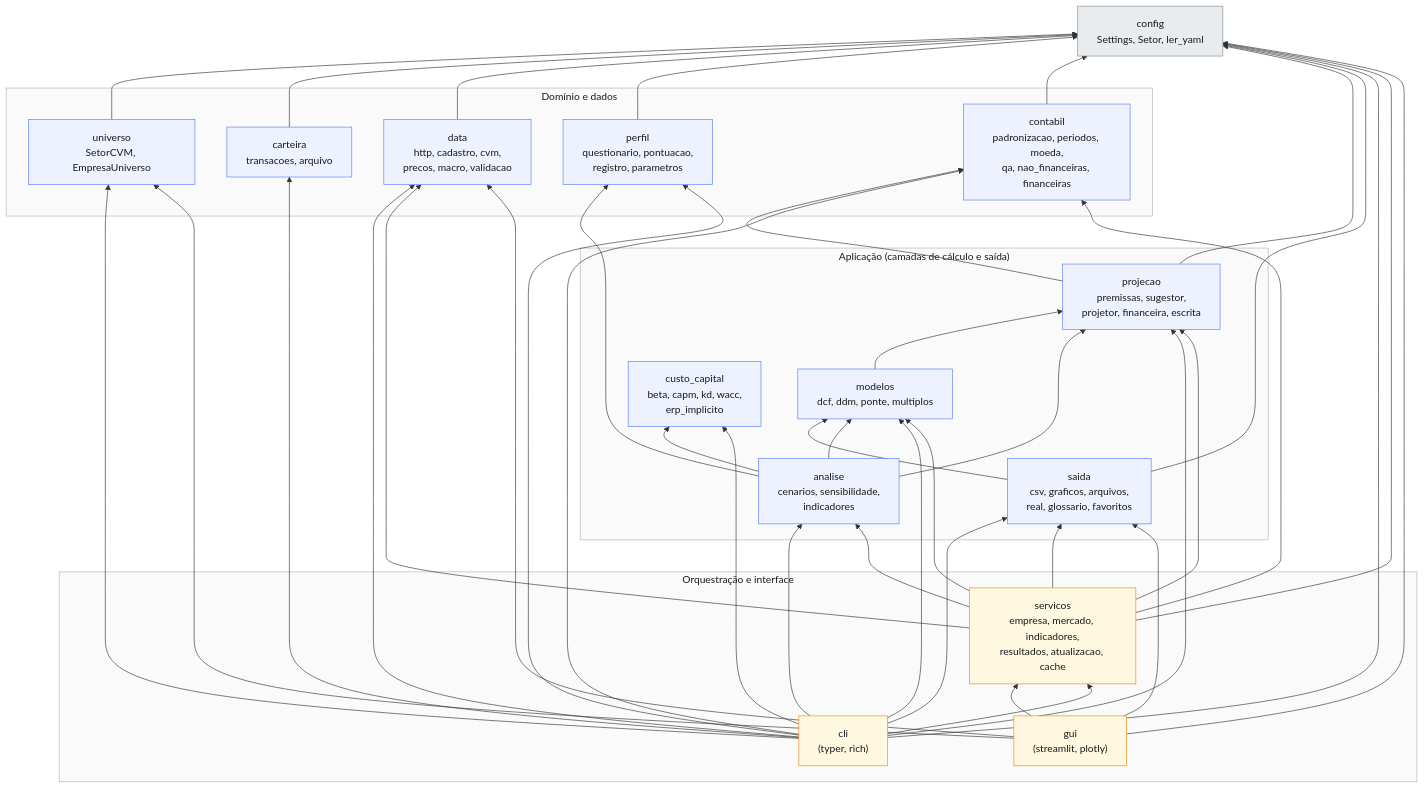
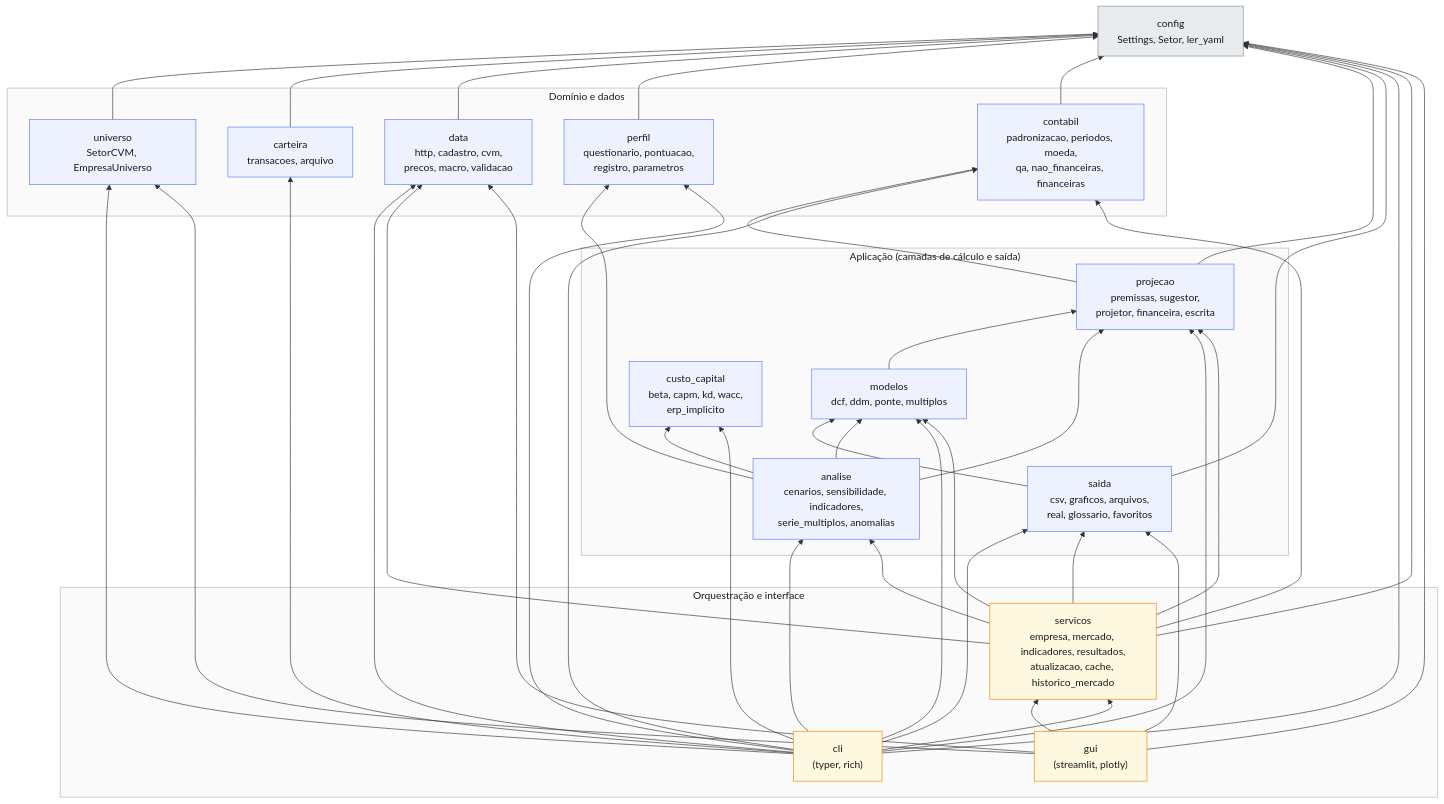
Before and after one commit to luiz2801/lastro: the first of 3 diagrams in docs/diagrama_arquitetura.md, drawn with Mermaid. The commit also changed 17 other files, not shown here.

First line of the commit message:
analise: série histórica de múltiplos e tratamento de anomalias (S2)

````diff
--- a/docs/diagrama_arquitetura.md
+++ b/docs/diagrama_arquitetura.md
@@ -11,50 +11,50 @@
 ```mermaid
 flowchart BT
     subgraph ORQ["Orquestração e interface"]
         cli["cli<br/>(typer, rich)"]
         gui["gui<br/>(streamlit, plotly)"]
-        servicos["servicos<br/>empresa, mercado, indicadores,<br/>resultados, atualizacao, cache"]
+        servicos["servicos<br/>empresa, mercado, indicadores, resultados,<br/>atualizacao, cache, historico_mercado"]
     end
 
     subgraph APL["Aplicação (camadas de cálculo e saída)"]
         saida["saida<br/>csv, graficos, arquivos,<br/>real, glossario, favoritos"]
-        analise["analise<br/>cenarios, sensibilidade,<br/>indicadores"]
+        analise["analise<br/>cenarios, sensibilidade, indicadores,<br/>serie_multiplos, anomalias"]
         modelos["modelos<br/>dcf, ddm, ponte, multiplos"]
         projecao["projecao<br/>premissas, sugestor,<br/>projetor, financeira, escrita"]
         custo["custo_capital<br/>beta, capm, kd, wacc,<br/>erp_implicito"]
     end
 
     subgraph DOM["Domínio e dados"]
         contabil["contabil<br/>padronizacao, periodos, moeda,<br/>qa, nao_financeiras, financeiras"]
         perfil["perfil<br/>questionario, pontuacao,<br/>registro, parametros"]
         data["data<br/>http, cadastro, cvm,<br/>precos, macro, validacao"]
         carteira["carteira<br/>transacoes, arquivo"]
         universo["universo<br/>SetorCVM, EmpresaUniverso"]
     end
 
     config["config<br/>Settings, Setor, ler_yaml"]
 
     cli --> servicos
     gui --> servicos & saida & data & universo & config
     servicos --> saida & analise & modelos & contabil & data & projecao & config
     cli --> saida & analise & modelos & projecao & custo & contabil & perfil & data & carteira & universo & config
     analise --> modelos & projecao & custo & perfil
     saida --> modelos & config
     modelos --> projecao
     projecao --> contabil & config
     contabil --> config
     perfil --> config
     data --> config
     carteira --> config
     universo --> config
 
     classDef pacote fill:#eef2ff,stroke:#5c7cfa,color:#1a1a1a
     classDef base fill:#e9ecef,stroke:#868e96,color:#1a1a1a
     classDef topo fill:#fff8e1,stroke:#f08c00,color:#1a1a1a
     class saida,analise,modelos,projecao,custo,contabil,perfil,data,carteira,universo pacote
     class config base
     class cli,gui,servicos topo
     style ORQ fill:#fafafa,stroke:#adb5bd,color:#1a1a1a
     style APL fill:#fafafa,stroke:#adb5bd,color:#1a1a1a
     style DOM fill:#fafafa,stroke:#adb5bd,color:#1a1a1a
 ```
````
